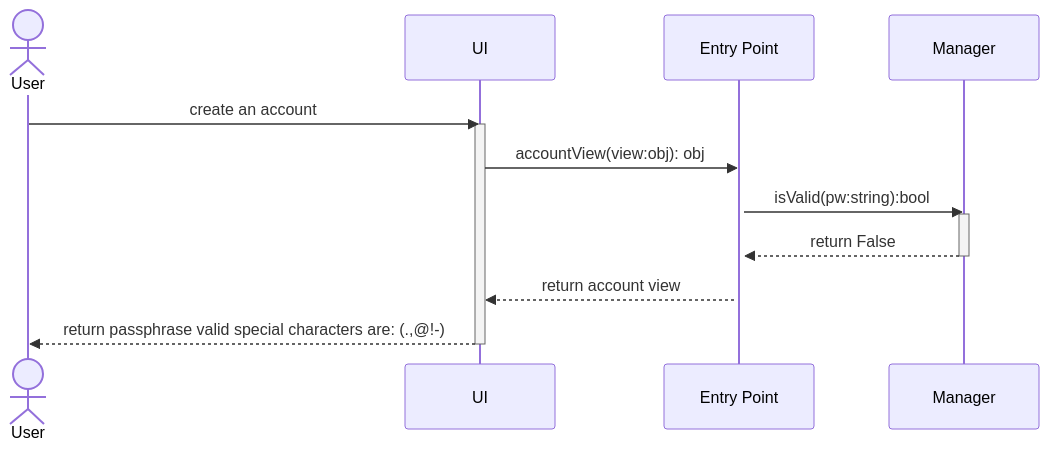
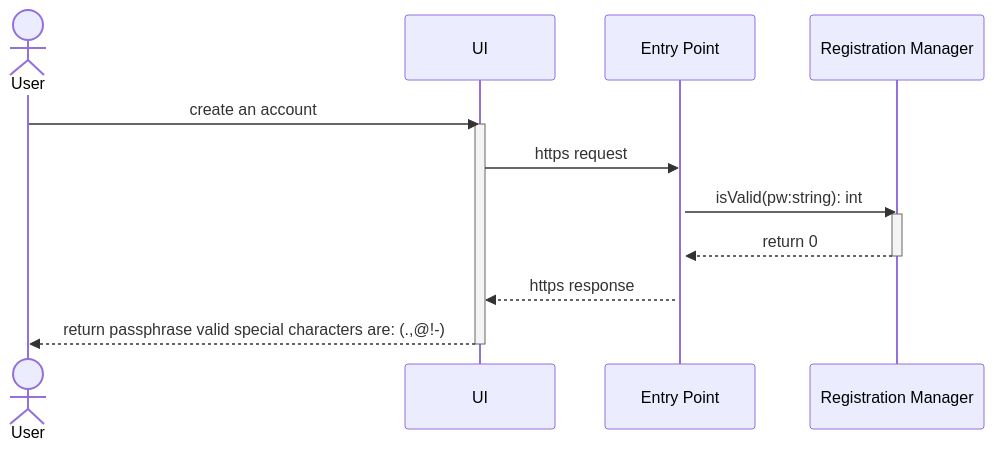
The diagram in milestone 2/low level design/registration/failures/v3/account/account_invalid_pw_specialchar.md (JosephArmas/cecs-491A-Team-Big-Data), drawn with Mermaid before and after one commit. The commit also changed 8 other files, not shown here.

````diff
--- a/milestone 2/low level design/registration/failures/v3/account/account_invalid_pw_specialchar.md
+++ b/milestone 2/low level design/registration/failures/v3/account/account_invalid_pw_specialchar.md
@@ -2,15 +2,15 @@
 ```mermaid
 sequenceDiagram
     actor User
     User ->> UI: create an account
     activate UI
-    UI ->> Entry Point: accountView(view:obj): obj
+    UI ->> Entry Point: https request
     activate Entry Point
-    Entry Point ->> Manager: isValid(pw:string):bool
-    activate Manager
-    Manager -->> Entry Point: return False 
-    deactivate Manager
-    Entry Point -->> UI: return account view
+    Entry Point ->> Registration Manager: isValid(pw:string): int
+    activate Registration Manager
+    Registration Manager -->> Entry Point: return 0 
+    deactivate Registration Manager
+    Entry Point -->> UI: https response
     UI -->> User: return passphrase valid special characters are: (.,@!-)
     deactivate UI
 ```
````
